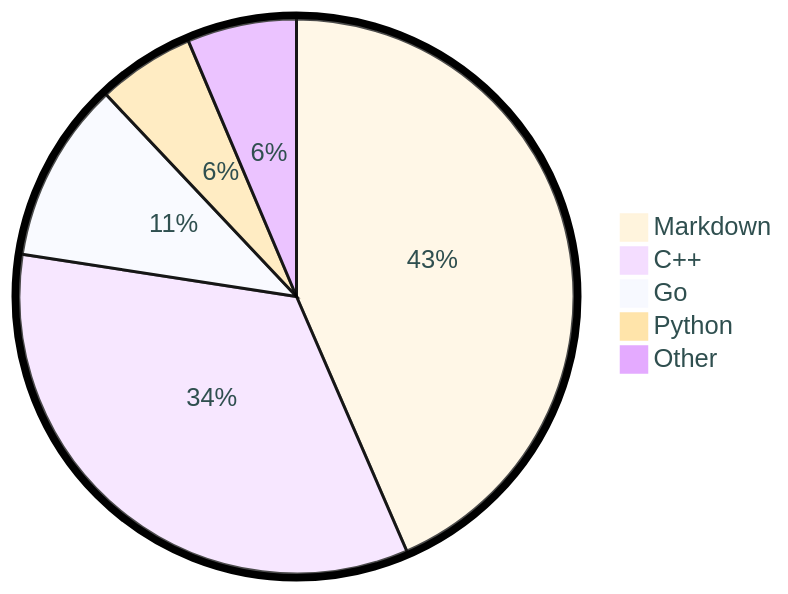
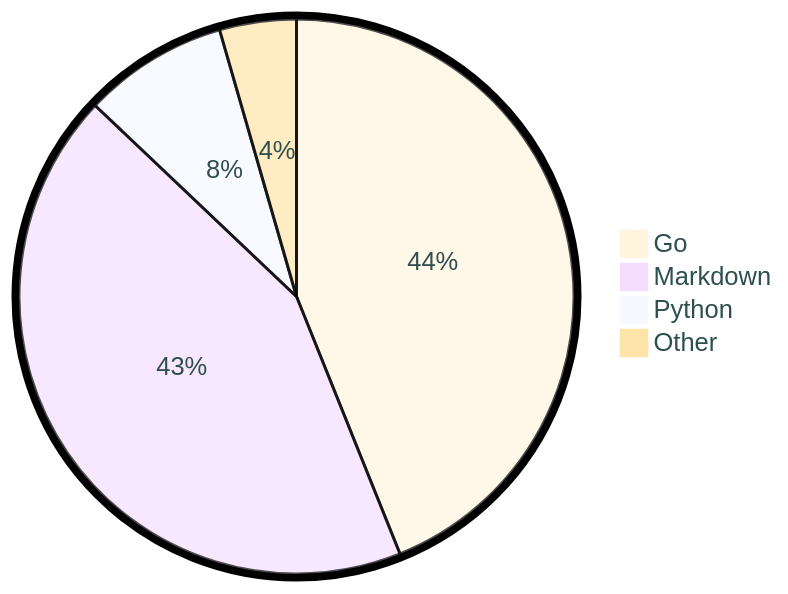
Before and after one commit to tot0p/tot0p: the diagram in README.md, drawn with Mermaid. The commit also changed other lines of this file, not shown here.

````diff
--- a/README.md
+++ b/README.md
@@ -83,9 +82,8 @@
 ```mermaid
 %%{init: {"pie": {"textPosition": 0.5}, "themeVariables": {"pieOuterStrokeWidth": "5px","primaryTextColor" : "#2F4F4F"},"theme":"base"} }%%
 pie
-	"Markdown": 43.49
-	"C++": 33.93
-	"Go": 10.54
-	"Python": 5.66
-	"Other": 6.369999999999999
+	"Go": 43.92
+	"Markdown": 43.17
+	"Python": 8.45
+	"Other": 4.469999999999999
 ```
````
